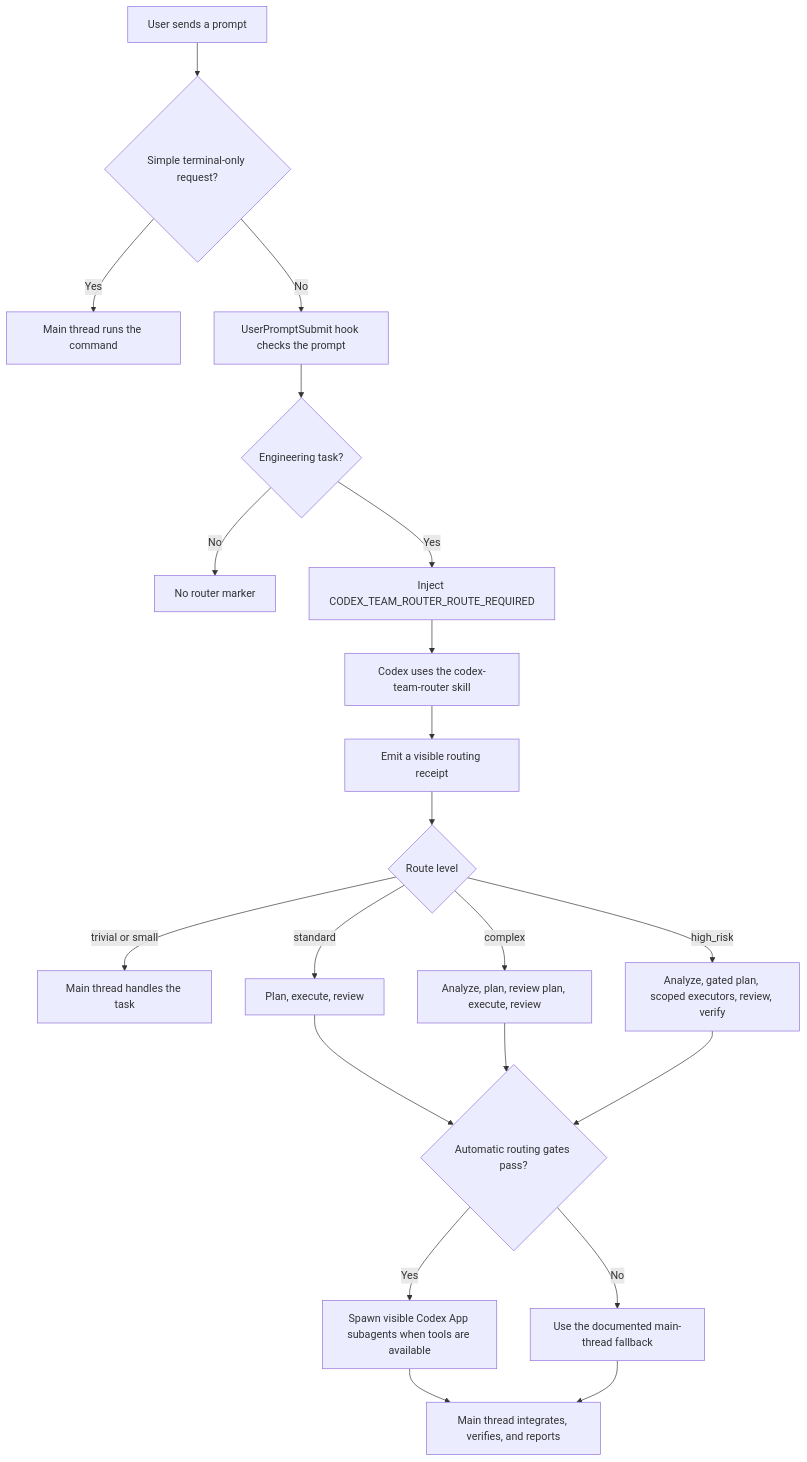
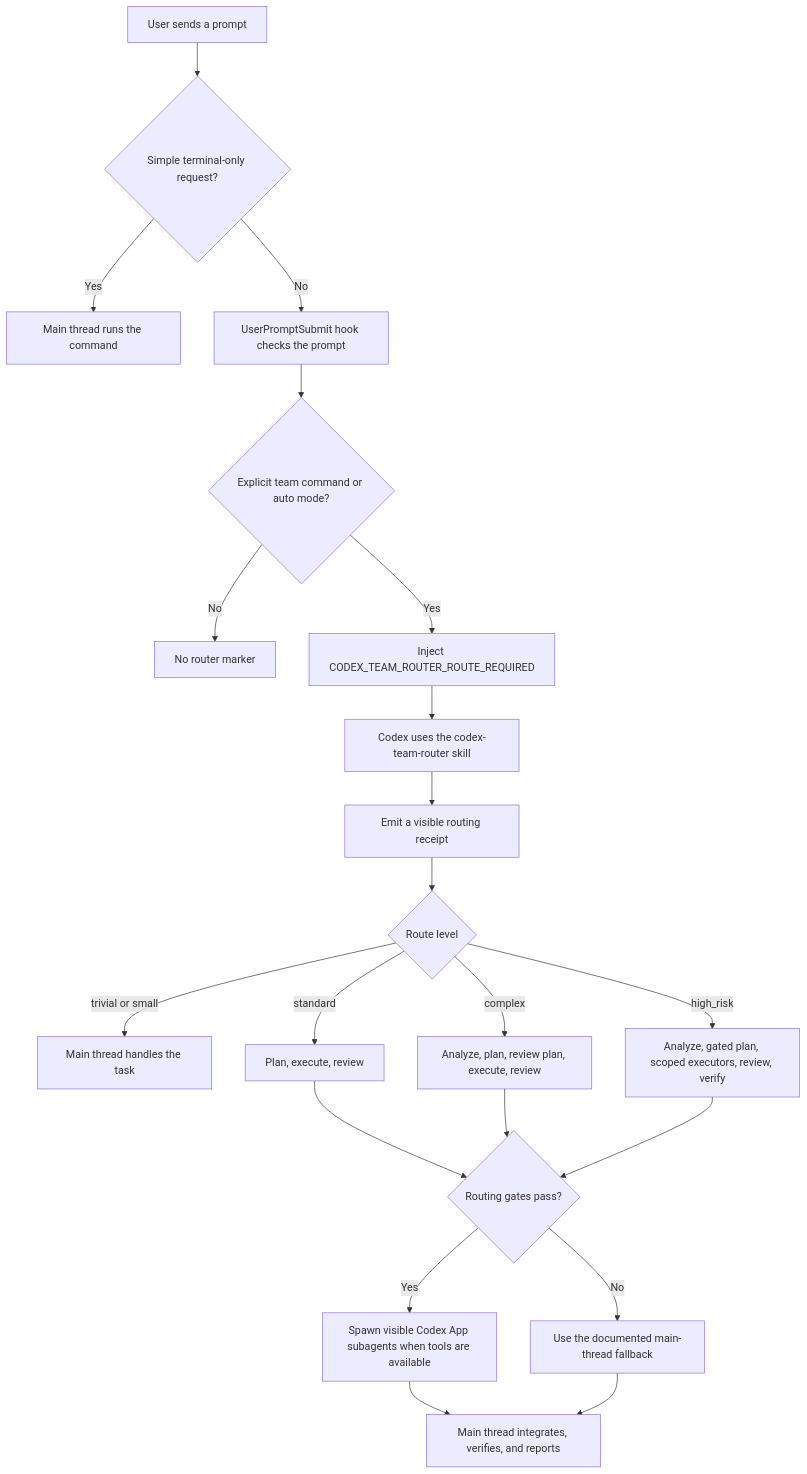
One commit to inorilzy/codex-team-router changed the diagram in README.md. Above: the diagram before and after it, drawn with Mermaid. The commit also changed other lines of this file and 7 other files, not shown here.

````diff
--- a/README.md
+++ b/README.md
@@ -34,23 +35,23 @@
 ```mermaid
 flowchart TD
   A["User sends a prompt"] --> B{"Simple terminal-only request?"}
   B -- "Yes" --> C["Main thread runs the command"]
   B -- "No" --> D["UserPromptSubmit hook checks the prompt"]
-  D --> E{"Engineering task?"}
+  D --> E{"Explicit team command or auto mode?"}
   E -- "No" --> F["No router marker"]
   E -- "Yes" --> G["Inject CODEX_TEAM_ROUTER_ROUTE_REQUIRED"]
   G --> H["Codex uses the codex-team-router skill"]
   H --> I["Emit a visible routing receipt"]
   I --> J{"Route level"}
   J -- "trivial or small" --> K["Main thread handles the task"]
   J -- "standard" --> L["Plan, execute, review"]
   J -- "complex" --> M["Analyze, plan, review plan, execute, review"]
   J -- "high_risk" --> N["Analyze, gated plan, scoped executors, review, verify"]
-  L --> O{"Automatic routing gates pass?"}
+  L --> O{"Routing gates pass?"}
   M --> O
   N --> O
   O -- "Yes" --> P["Spawn visible Codex App subagents when tools are available"]
   O -- "No" --> Q["Use the documented main-thread fallback"]
   P --> R["Main thread integrates, verifies, and reports"]
   Q --> R
 ```
````
